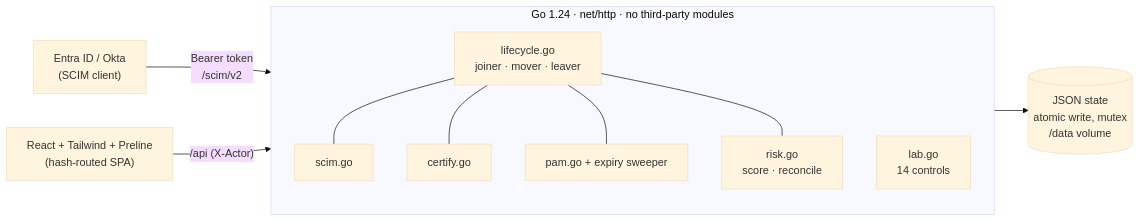
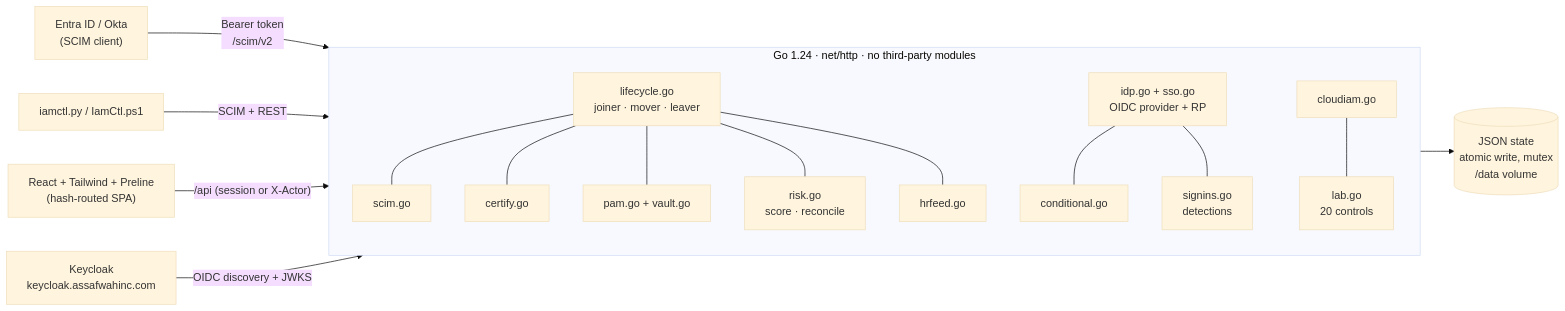
Before and after one commit to iamyassin08/iam-projects: the diagram in README.md, drawn with Mermaid (base theme). The commit also changed other lines of this file and 3 other files, not shown here.

````diff
--- a/README.md
+++ b/README.md
@@ -56,13 +93,18 @@
 ```mermaid
 flowchart LR
   IdP["Entra ID / Okta<br/>(SCIM client)"] -- "Bearer token<br/>/scim/v2" --> API
-  UI["React + Tailwind + Preline<br/>(hash-routed SPA)"] -- "/api (X-Actor)" --> API
+  CLI["iamctl.py / IamCtl.ps1"] -- "SCIM + REST" --> API
+  UI["React + Tailwind + Preline<br/>(hash-routed SPA)"] -- "/api (session or X-Actor)" --> API
+  KC["Keycloak<br/>keycloak.assafwahinc.com"] -- "OIDC discovery + JWKS" --> API
   subgraph API["Go 1.24 · net/http · no third-party modules"]
     L[lifecycle.go<br/>joiner · mover · leaver] --- S[scim.go]
     L --- C[certify.go]
-    L --- P[pam.go + expiry sweeper]
+    L --- P[pam.go + vault.go]
     L --- R[risk.go<br/>score · reconcile]
-    K[lab.go<br/>14 controls]
+    I[idp.go + sso.go<br/>OIDC provider + RP] --- CA[conditional.go]
+    I --- M[signins.go<br/>detections]
+    CL[cloudiam.go] --- K[lab.go<br/>20 controls]
+    L --- H[hrfeed.go]
   end
   API --> Store[("JSON state<br/>atomic write, mutex<br/>/data volume")]
 ```
````
